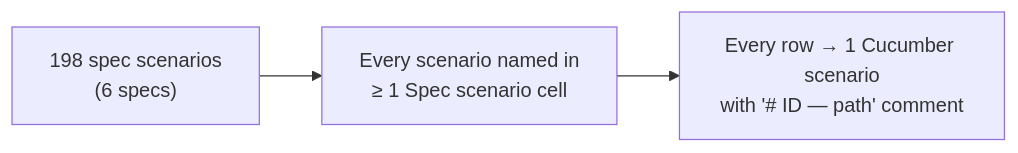
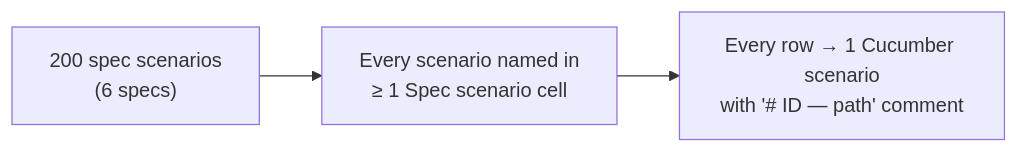
The fourth of 4 diagrams in openspec/changes/fund-compliance-monitoring/business-rules.md (sampadadiwan/IRM_CompanyMain), drawn with Mermaid before and after one commit. The commit also changed other lines of this file and 12 other files, not shown here.

````diff
--- a/openspec/changes/fund-compliance-monitoring/business-rules.md
+++ b/openspec/changes/fund-compliance-monitoring/business-rules.md
@@ -569,5 +570,5 @@
 ```mermaid
 flowchart LR
-    S["198 spec scenarios<br/>(6 specs)"] --> R["Every scenario named in<br/>≥ 1 Spec scenario cell"]
+    S["200 spec scenarios<br/>(6 specs)"] --> R["Every scenario named in<br/>≥ 1 Spec scenario cell"]
     R --> F["Every row → 1 Cucumber scenario<br/>with '# ID — path' comment"]
 ```
````
